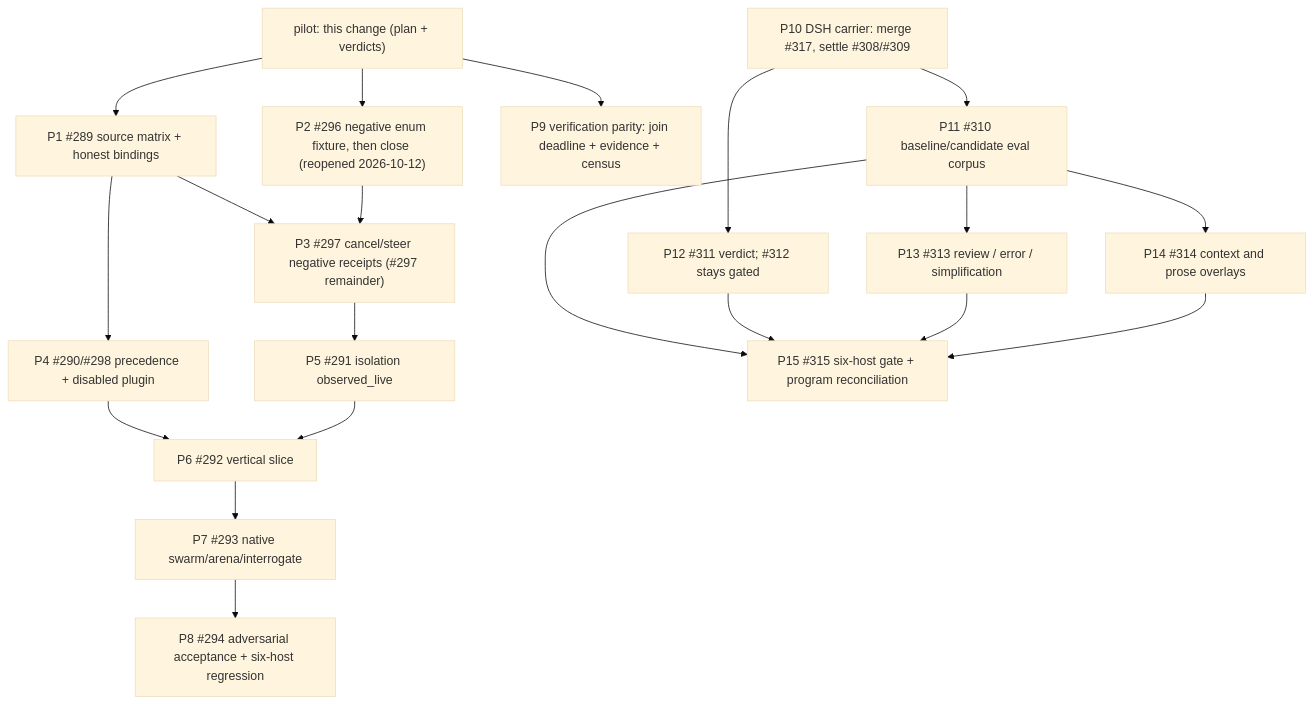
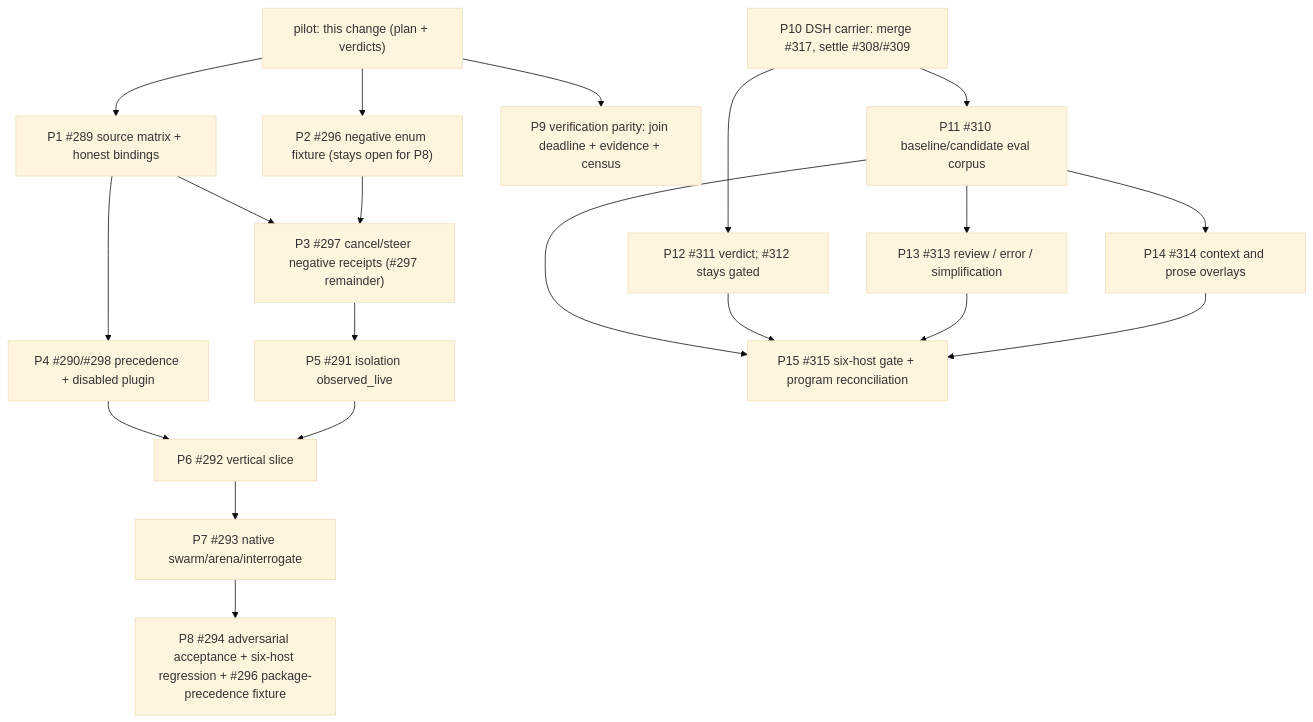
The diagram in openspec/changes/2026-10-12-poteto-audit-reconcile/tasks.md (tommy-ca/pstack), drawn with Mermaid (base theme) before and after one commit. The commit also changed other lines of this file and 2 other files, not shown here.

Commit message:
docs(spec): fix the five review findings, hold #296 open for P2 plus P8

````diff
--- a/openspec/changes/2026-10-12-poteto-audit-reconcile/tasks.md
+++ b/openspec/changes/2026-10-12-poteto-audit-reconcile/tasks.md
@@ -26,25 +26,25 @@
 ```mermaid
 graph TD
   PILOT["pilot: this change (plan + verdicts)"] --> P1
   PILOT --> P2
   PILOT --> P9
   P1["P1 #289 source matrix + honest bindings"] --> P3
   P1 --> P4
-  P2["P2 #296 negative enum fixture, then close (reopened 2026-10-12)"] --> P3
+  P2["P2 #296 negative enum fixture (stays open for P8)"] --> P3
   P3["P3 #297 cancel/steer negative receipts (#297 remainder)"] --> P5
   P4["P4 #290/#298 precedence + disabled plugin"] --> P6
   P5["P5 #291 isolation observed_live"] --> P6
   P6["P6 #292 vertical slice"] --> P7
   P7["P7 #293 native swarm/arena/interrogate"] --> P8
-  P8["P8 #294 adversarial acceptance + six-host regression"]
+  P8["P8 #294 adversarial acceptance + six-host regression + #296 package-precedence fixture"]
   P9["P9 verification parity: join deadline + evidence + census"]
   P10["P10 DSH carrier: merge #317, settle #308/#309"] --> P11
   P10 --> P12
   P11["P11 #310 baseline/candidate eval corpus"] --> P13
   P11 --> P14
   P11 --> P15
   P12["P12 #311 verdict; #312 stays gated"] --> P15
   P13["P13 #313 review / error / simplification"] --> P15
   P14["P14 #314 context and prose overlays"] --> P15
   P15["P15 #315 six-host gate + program reconciliation"]
 ```
````
